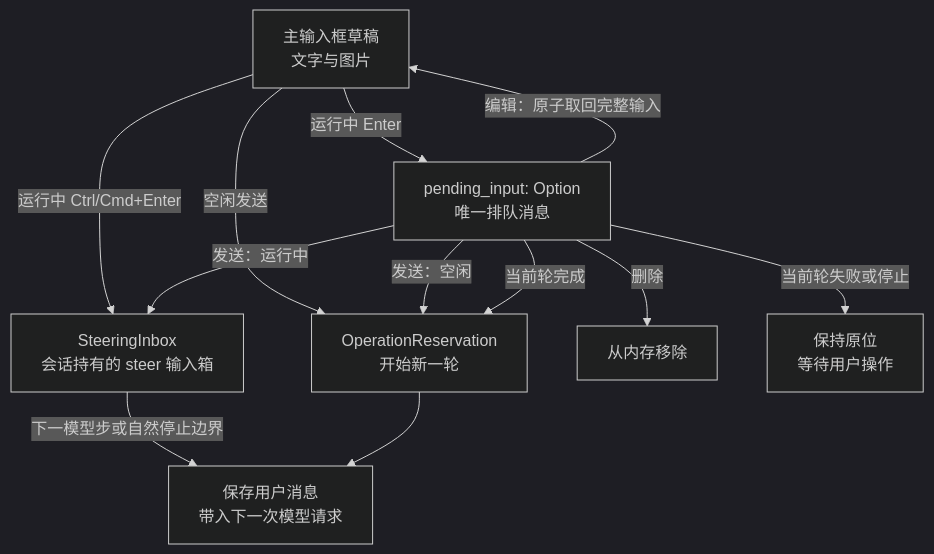
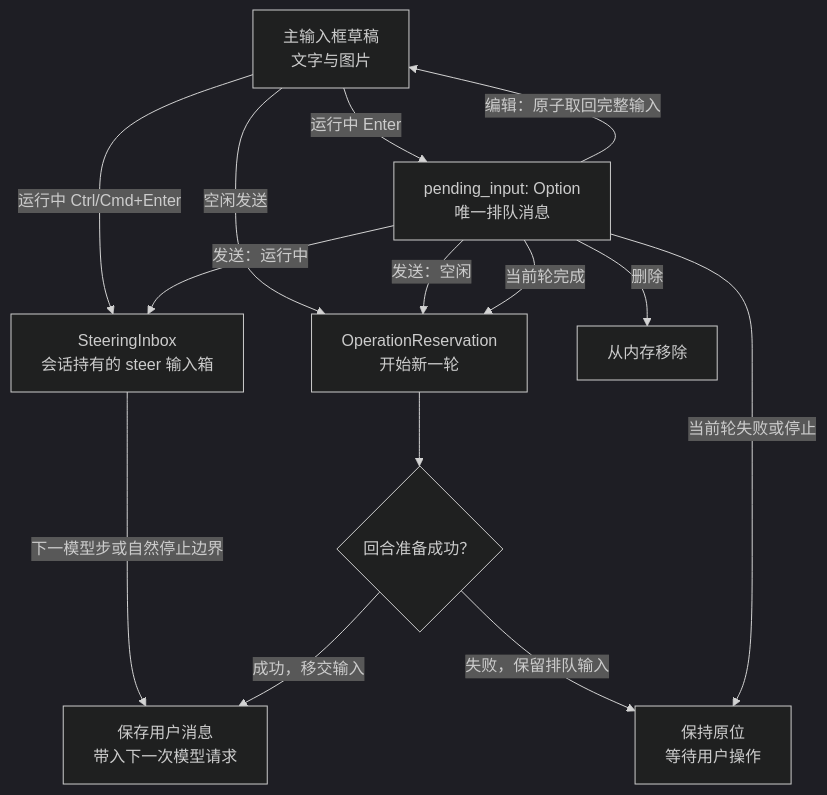
One commit to qjcnmd/singularity-agent changed diagram 16 of 29 in docs/architecture.md. Above: the diagram before and after it, drawn with Mermaid (dark theme). The commit also changed other lines of this file and 9 other files, not shown here.

````diff
--- a/docs/architecture.md
+++ b/docs/architecture.md
@@ -454,14 +456,16 @@
 ```mermaid
 flowchart TB
     Draft["主输入框草稿<br/>文字与图片"] -->|"空闲发送"| Start["OperationReservation<br/>开始新一轮"]
     Draft -->|"运行中 Enter"| Queue["pending_input: Option<br/>唯一排队消息"]
     Draft -->|"运行中 Ctrl/Cmd+Enter"| Inbox["SteeringInbox<br/>会话持有的 steer 输入箱"]
     Queue -->|"编辑：原子取回完整输入"| Draft
     Queue -->|"删除"| Removed["从内存移除"]
     Queue -->|"发送：运行中"| Inbox
     Queue -->|"发送：空闲"| Start
     Queue -->|"当前轮完成"| Start
     Inbox -->|"下一模型步或自然停止边界"| User["保存用户消息<br/>带入下一次模型请求"]
-    Start --> User
+    Start --> Prepare{"回合准备成功？"}
+    Prepare -->|"成功，移交输入"| User
+    Prepare -->|"失败，保留排队输入"| Wait
     Queue -->|"当前轮失败或停止"| Wait["保持原位<br/>等待用户操作"]
 ```
````
